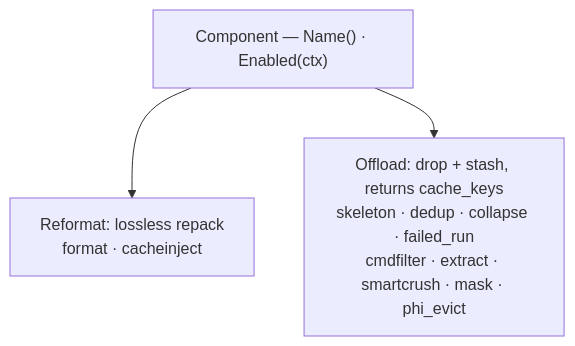
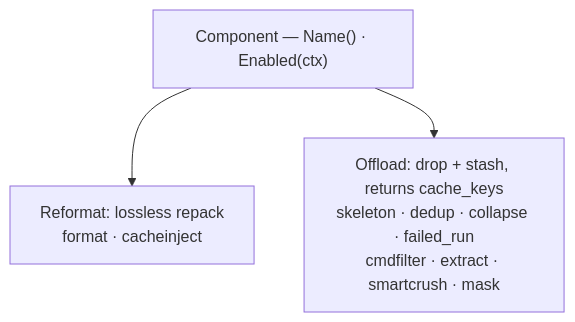
The second of 2 diagrams in docs/get-started/overview.md (itay-nakash/context-guru), drawn with Mermaid before and after one commit. The commit also changed 97 other files, not shown here.

````diff
--- a/docs/get-started/overview.md
+++ b/docs/get-started/overview.md
@@ -49,6 +49,6 @@
 ```mermaid
 flowchart TD
   C["Component — Name() · Enabled(ctx)"]
   C --> R["Reformat: lossless repack<br/>format · cacheinject"]
-  C --> O["Offload: drop + stash, returns cache_keys<br/>skeleton · dedup · collapse · failed_run<br/>cmdfilter · extract · smartcrush · mask · phi_evict"]
+  C --> O["Offload: drop + stash, returns cache_keys<br/>skeleton · dedup · collapse · failed_run<br/>cmdfilter · extract · smartcrush · mask"]
 ```
````
